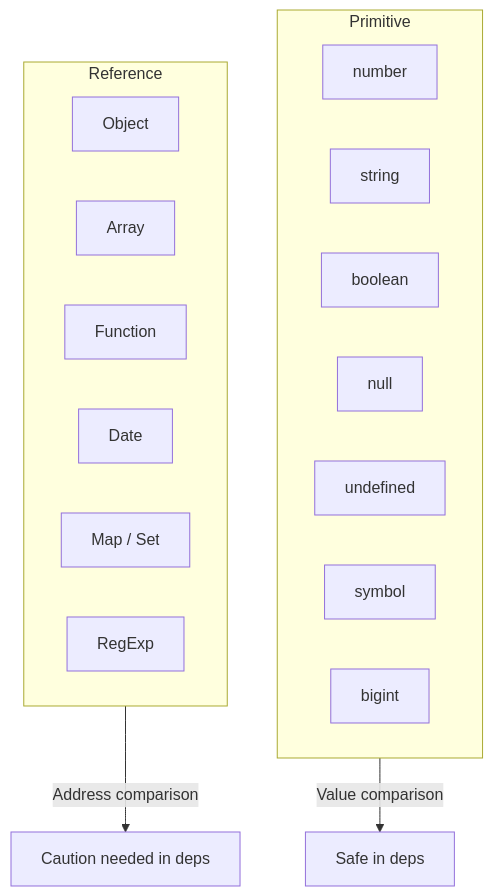
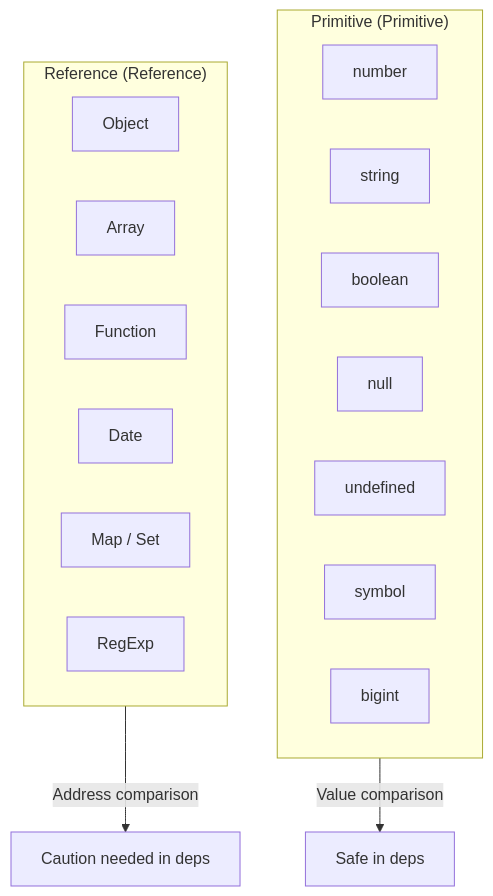
The fifth of 17 diagrams in markdown/2026-01-18/en/content.mdx (codefug/codefug.github.io), drawn with Mermaid before and after one commit. The commit also changed other lines of this file and 2 other files, not shown here.

````diff
--- a/markdown/2026-01-18/en/content.mdx
+++ b/markdown/2026-01-18/en/content.mdx
@@ -272,24 +223,24 @@
 ```mermaid
 flowchart TB
-    subgraph Primitive["Primitive"]
+    subgraph Primitive["Primitive (Primitive)"]
         P1[number]
         P2[string]
         P3[boolean]
         P4[null]
         P5[undefined]
         P6[symbol]
         P7[bigint]
     end
 
-    subgraph Reference["Reference"]
+    subgraph Reference["Reference (Reference)"]
         R1[Object]
         R2[Array]
         R3[Function]
         R4[Date]
         R5[Map / Set]
         R6[RegExp]
     end
 
     Primitive -->|"Value comparison"| SAFE["Safe in deps"]
     Reference -->|"Address comparison"| DANGER["Caution needed in deps"]
 ```
````
